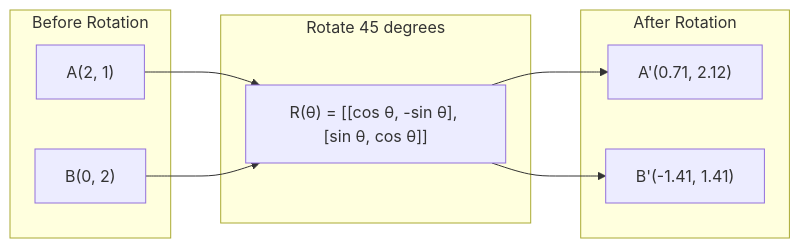
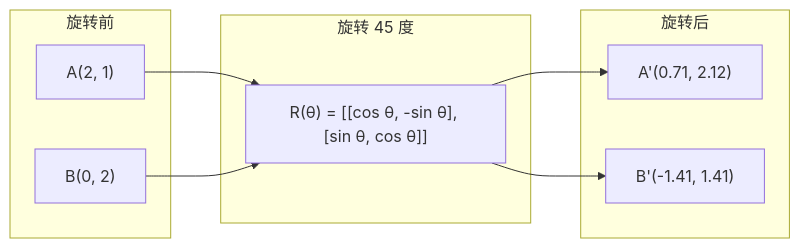
The second of 7 diagrams in phases/01-math-foundations/03-matrix-transformations/docs/zh.md (alessandrodinisio-ai/ai-engineering-learning-framework), drawn with Mermaid before and after one commit. The commit also changed other lines of this file and 120 other files, not shown here.

First line of the commit message:
i18n(mermaid): 337 个 mermaid 图表标签中文化

````diff
--- a/phases/01-math-foundations/03-matrix-transformations/docs/zh.md
+++ b/phases/01-math-foundations/03-matrix-transformations/docs/zh.md
@@ -50,16 +50,16 @@
 ```mermaid
 graph LR
-    subgraph Before["Before Rotation"]
+    subgraph Before["旋转前"]
         A["A(2, 1)"]
         B["B(0, 2)"]
     end
-    subgraph Rot["Rotate 45 degrees"]
+    subgraph Rot["旋转 45 度"]
         R["R(θ) = [[cos θ, -sin θ], [sin θ, cos θ]]"]
     end
-    subgraph After["After Rotation"]
+    subgraph After["旋转后"]
         Ap["A'(0.71, 2.12)"]
         Bp["B'(-1.41, 1.41)"]
     end
     A --> R --> Ap
     B --> R --> Bp
 ```
````
